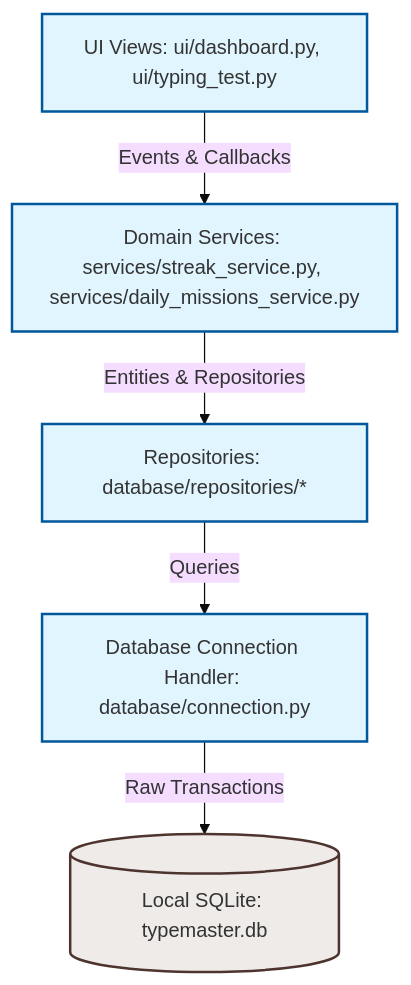
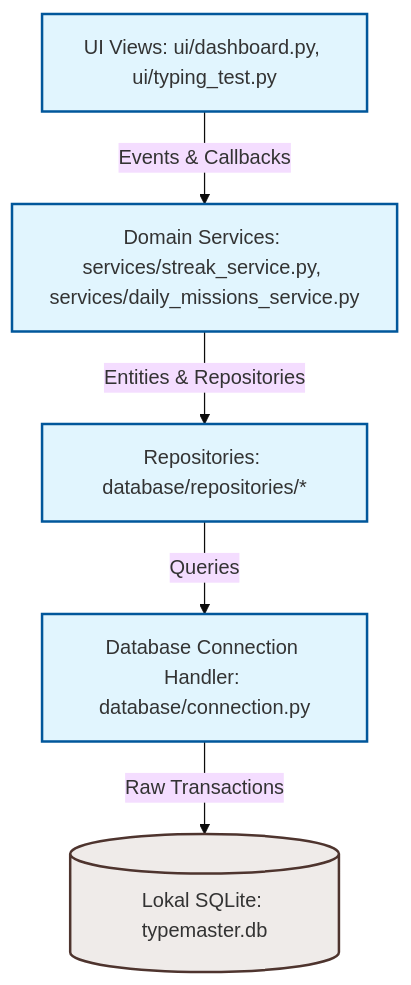
Before and after one commit to Valijon21/Tezyoz: the diagram in README.md, drawn with Mermaid (base theme). The commit also changed other lines of this file, not shown here.

````diff
--- a/README.md
+++ b/README.md
@@ -38,13 +36,13 @@
 ```mermaid
 graph TD
     classDef layer fill:#e1f5fe,stroke:#01579b,stroke-width:2px;
     classDef db fill:#efebe9,stroke:#4e342e,stroke-width:2px;
 
     UI[UI Views: ui/dashboard.py, ui/typing_test.py] -->|Events & Callbacks| Services[Domain Services: services/streak_service.py, services/daily_missions_service.py]
     Services -->|Entities & Repositories| Repositories[Repositories: database/repositories/*]
     Repositories -->|Queries| DatabaseConnector[Database Connection Handler: database/connection.py]
-    DatabaseConnector -->|Raw Transactions| SQLite[(Local SQLite: typemaster.db)]
+    DatabaseConnector -->|Raw Transactions| SQLite[(Lokal SQLite: typemaster.db)]
 
     class UI,Services,Repositories,DatabaseConnector layer;
     class SQLite db;
 ```
````
